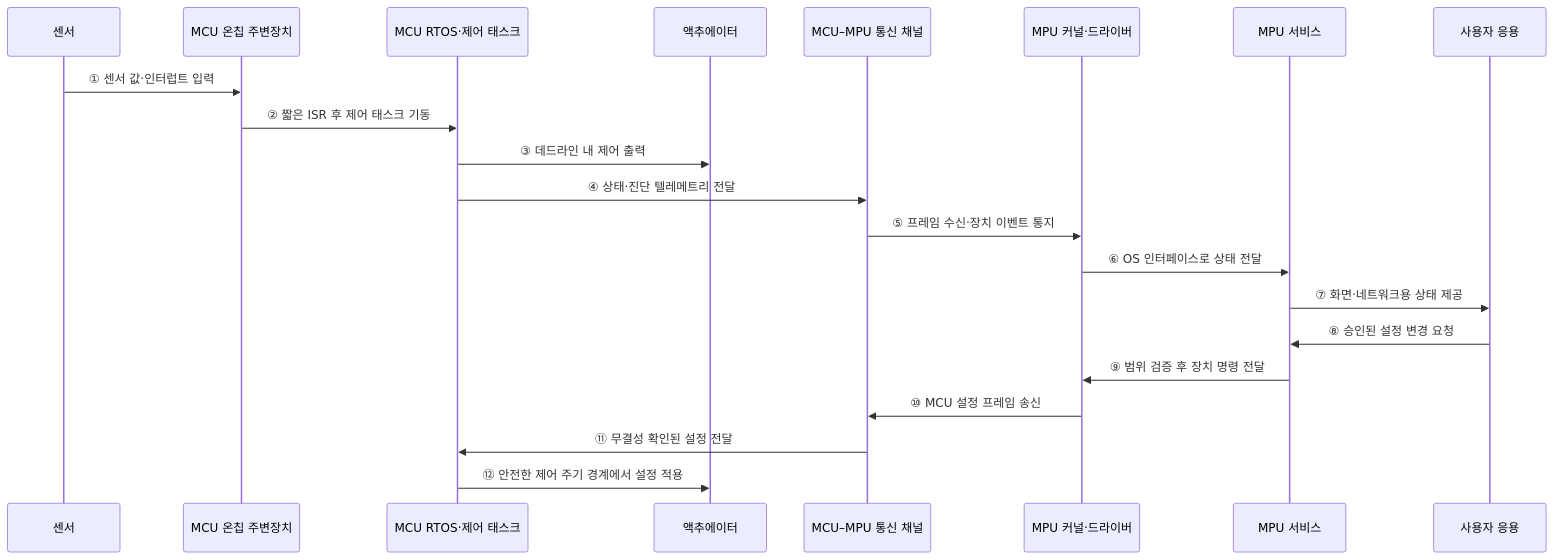
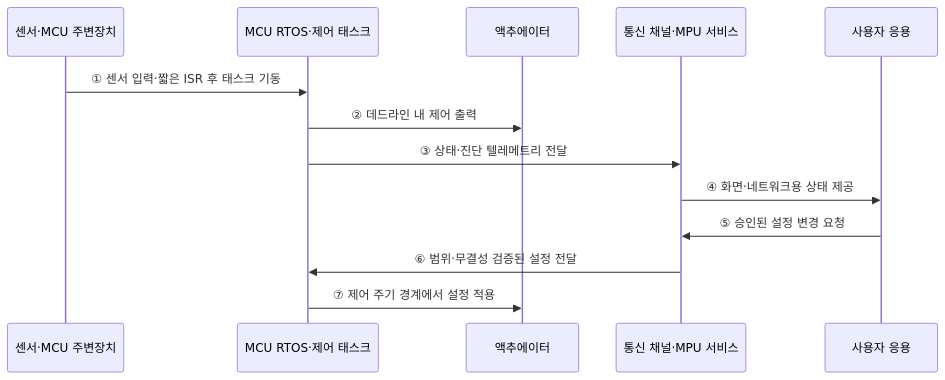
One commit to agnusdei1207/knowledge-base changed the second of 2 diagrams in src/content/docs/notes/02-hardware/083_microcontroller_vs_microprocessor.md. Above: the diagram before and after it, drawn with Mermaid. The commit also changed other lines of this file and 14 other files, not shown here.

````diff
--- a/src/content/docs/notes/02-hardware/083_microcontroller_vs_microprocessor.md
+++ b/src/content/docs/notes/02-hardware/083_microcontroller_vs_microprocessor.md
@@ -88,24 +79,16 @@
 ```mermaid
 sequenceDiagram
-    participant S as 센서
-    participant P as MCU 온칩 주변장치
+    participant P as 센서·MCU 주변장치
     participant R as MCU RTOS·제어 태스크
     participant A as 액추에이터
-    participant C as MCU–MPU 통신 채널
-    participant D as MPU 커널·드라이버
-    participant O as MPU 서비스
+    participant M as 통신 채널·MPU 서비스
     participant U as 사용자 응용
 
-    S->>P: ① 센서 값·인터럽트 입력
-    P->>R: ② 짧은 ISR 후 제어 태스크 기동
-    R->>A: ③ 데드라인 내 제어 출력
-    R->>C: ④ 상태·진단 텔레메트리 전달
-    C->>D: ⑤ 프레임 수신·장치 이벤트 통지
-    D->>O: ⑥ OS 인터페이스로 상태 전달
-    O->>U: ⑦ 화면·네트워크용 상태 제공
-    U->>O: ⑧ 승인된 설정 변경 요청
-    O->>D: ⑨ 범위 검증 후 장치 명령 전달
-    D->>C: ⑩ MCU 설정 프레임 송신
-    C->>R: ⑪ 무결성 확인된 설정 전달
-    R->>A: ⑫ 안전한 제어 주기 경계에서 설정 적용
+    P->>R: ① 센서 입력·짧은 ISR 후 태스크 기동
+    R->>A: ② 데드라인 내 제어 출력
+    R->>M: ③ 상태·진단 텔레메트리 전달
+    M->>U: ④ 화면·네트워크용 상태 제공
+    U->>M: ⑤ 승인된 설정 변경 요청
+    M->>R: ⑥ 범위·무결성 검증된 설정 전달
+    R->>A: ⑦ 제어 주기 경계에서 설정 적용
 ```
````
